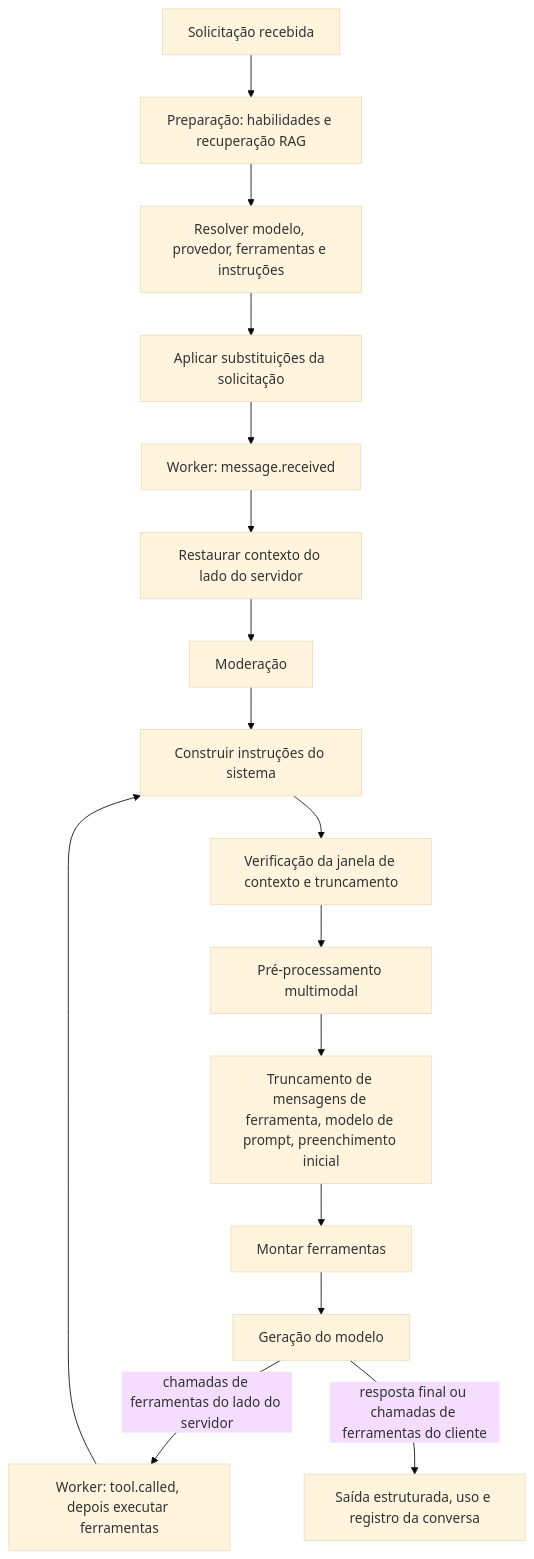
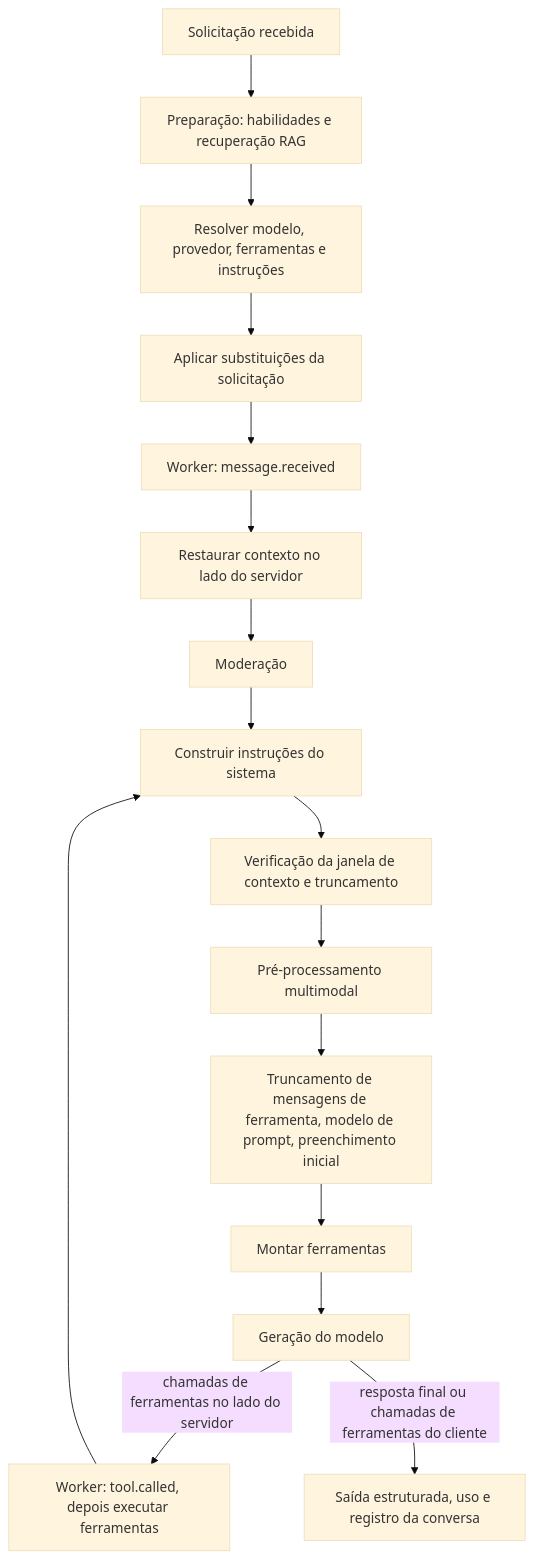
One commit to aivaxlabs/docs changed the diagram in content/pt-br/docs/inference/chat-completions/processing-pipeline.md. Above: the diagram before and after it, drawn with Mermaid (base theme). The commit also changed other lines of this file and 707 other files, not shown here.

````diff
--- a/content/pt-br/docs/inference/chat-completions/processing-pipeline.md
+++ b/content/pt-br/docs/inference/chat-completions/processing-pipeline.md
@@ -13,18 +13,18 @@
 ```mermaid
 flowchart TD
     A[Solicitação recebida] --> B[Preparação: habilidades e recuperação RAG]
     B --> C[Resolver modelo, provedor, ferramentas e instruções]
     C --> D[Aplicar substituições da solicitação]
     D --> E[Worker: message.received]
-    E --> F[Restaurar contexto do lado do servidor]
+    E --> F[Restaurar contexto no lado do servidor]
     F --> G[Moderação]
     G --> H[Construir instruções do sistema]
     H --> I[Verificação da janela de contexto e truncamento]
     I --> J[Pré-processamento multimodal]
     J --> K[Truncamento de mensagens de ferramenta, modelo de prompt, preenchimento inicial]
     K --> L[Montar ferramentas]
     L --> M[Geração do modelo]
-    M -->|chamadas de ferramentas do lado do servidor| N[Worker: tool.called, depois executar ferramentas]
+    M -->|chamadas de ferramentas no lado do servidor| N[Worker: tool.called, depois executar ferramentas]
     N --> H
     M -->|resposta final ou chamadas de ferramentas do cliente| O[Saída estruturada, uso e registro da conversa]
 ```
````
